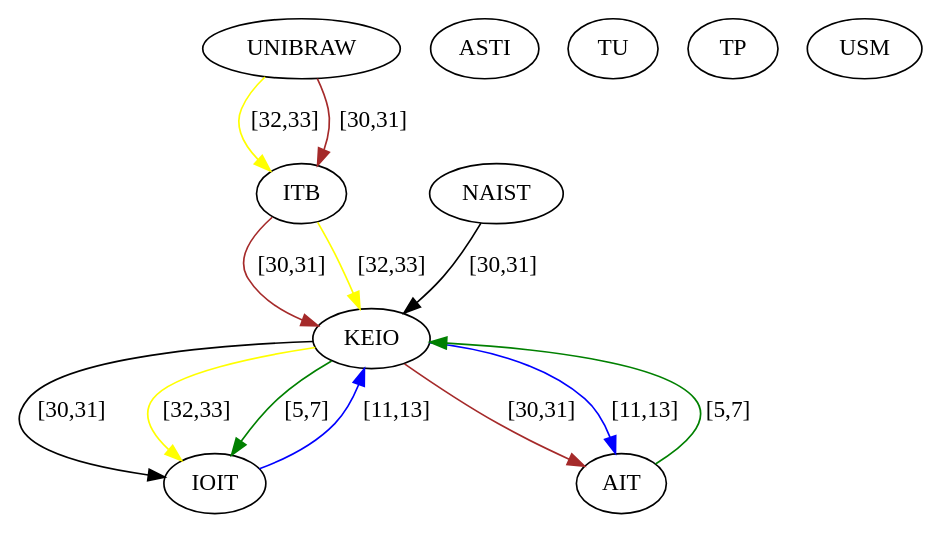
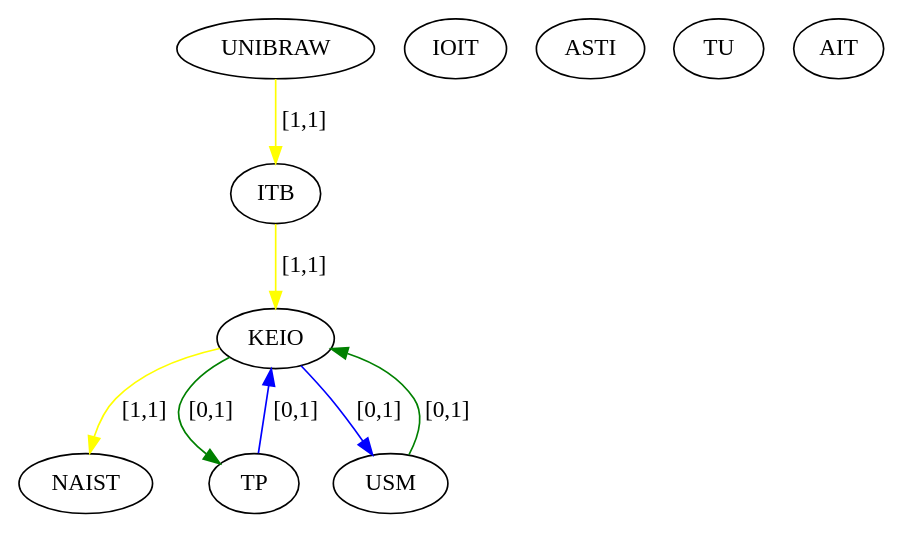
Before and after one commit to Hebbe1234/ExpectAll: the diagram in src/assignedGraphs/assignedRSA.dot, drawn with Graphviz. The commit also changed 3 other files, not shown here.

```diff
--- a/src/assignedGraphs/assignedRSA.dot
+++ b/src/assignedGraphs/assignedRSA.dot
@@ -1,24 +1,19 @@
 digraph  {
 0 [Internal=1, label=UNIBRAW];
 1 [Internal=1, label=NAIST];
 2 [Internal=1, label=KEIO];
 3 [Internal=1, label=IOIT];
 4 [Internal=1, label=ASTI];
 5 [Internal=1, label=TU];
 6 [Internal=1, label=AIT];
 7 [Internal=1, label=ITB];
 8 [Internal=1, label=TP];
 9 [Internal=1, label=USM];
-0 -> 7  [color=yellow, key=0, label="[32,33]"];
-0 -> 7  [color=brown, key=1, label="[30,31]"];
-1 -> 2  [color=black, key=0, label="[30,31]"];
-2 -> 3  [color=black, key=0, label="[30,31]"];
-2 -> 3  [color=yellow, key=1, label="[32,33]"];
-2 -> 3  [color=green, key=2, label="[5,7]"];
-2 -> 6  [color=brown, key=0, label="[30,31]"];
-2 -> 6  [color=blue, key=1, label="[11,13]"];
-3 -> 2  [color=blue, key=0, label="[11,13]"];
-6 -> 2  [color=green, key=0, label="[5,7]"];
-7 -> 2  [color=brown, key=0, label="[30,31]"];
-7 -> 2  [color=yellow, key=1, label="[32,33]"];
+0 -> 7  [color=yellow, key=0, label="[1,1]"];
+2 -> 8  [color=green, key=0, label="[0,1]"];
+2 -> 9  [color=blue, key=0, label="[0,1]"];
+2 -> 1  [color=yellow, key=0, label="[1,1]"];
+7 -> 2  [color=yellow, key=0, label="[1,1]"];
+8 -> 2  [color=blue, key=0, label="[0,1]"];
+9 -> 2  [color=green, key=0, label="[0,1]"];
 }
```
